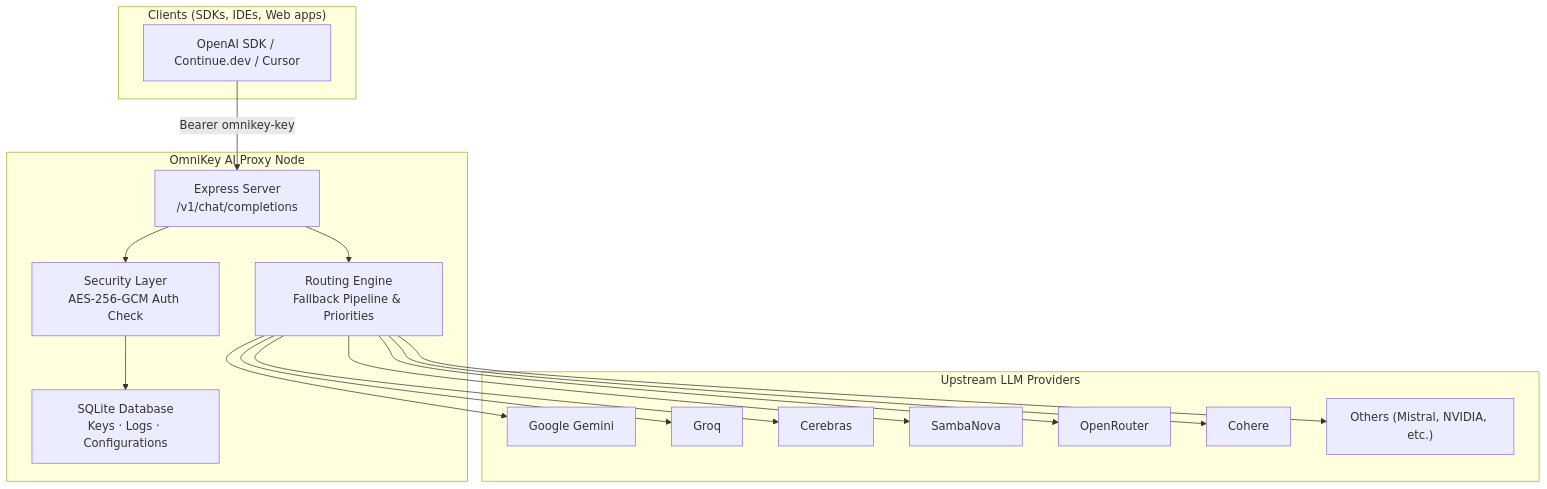
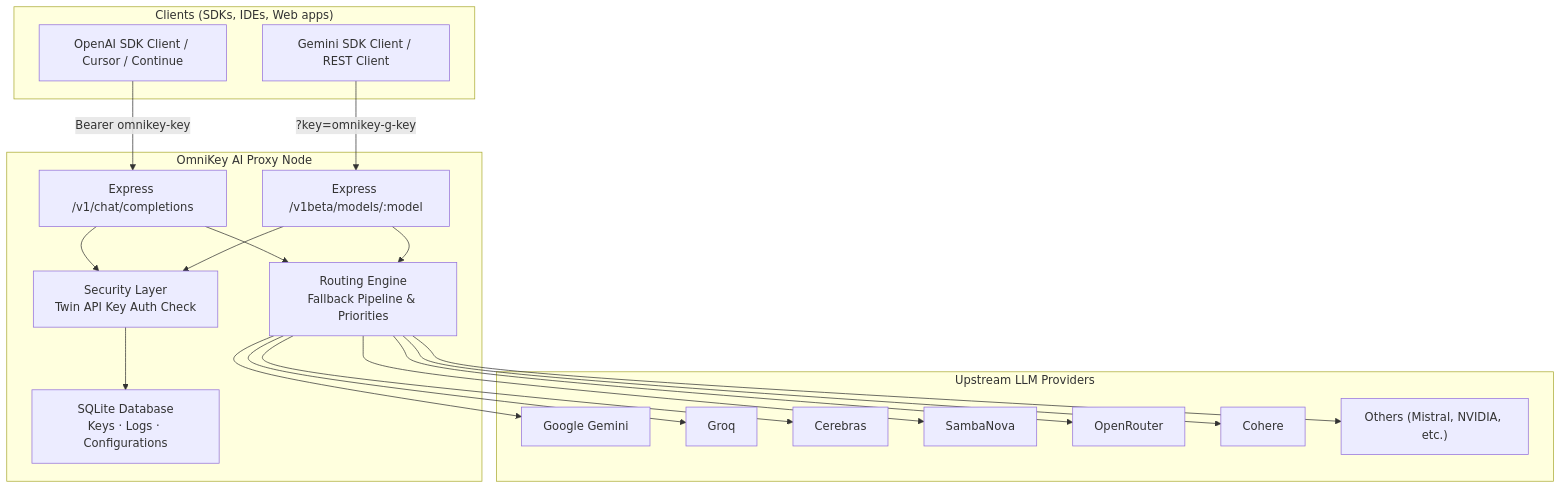
Before and after one commit to Felix-au/OmniKey-AI-Unified-Key-Manager: the first of 2 diagrams in README.md, drawn with Mermaid. The commit also changed other lines of this file and 3 other files, not shown here.

Commit message:
docs: sync guide, readme, omnikey, and apidoc with recent Gemini compatible proxy and dashboard updates

````diff
--- a/README.md
+++ b/README.md
@@ -95,35 +98,40 @@
 ```mermaid
 graph TD
     subgraph ClientApp["Clients (SDKs, IDEs, Web apps)"]
-        CL["OpenAI SDK / Continue.dev / Cursor"]
+        CL_OA["OpenAI SDK Client / Cursor / Continue"]
+        CL_G["Gemini SDK Client / REST Client"]
     end
 
     subgraph Proxy["OmniKey AI Proxy Node"]
-        API["Express Server\n/v1/chat/completions"]
-        SEC["Security Layer\nAES-256-GCM Auth Check"]
+        API_OA["Express /v1/chat/completions"]
+        API_G["Express /v1beta/models/:model"]
+        SEC["Security Layer\nTwin API Key Auth Check"]
         DB["SQLite Database\nKeys · Logs · Configurations"]
         ROUT["Routing Engine\nFallback Pipeline & Priorities"]
     end
 
     subgraph Providers["Upstream LLM Providers"]
         GEM["Google Gemini"]
         GROQ["Groq"]
         CERE["Cerebras"]
         SAMB["SambaNova"]
         OPEN["OpenRouter"]
         COH["Cohere"]
         OTH["Others (Mistral, NVIDIA, etc.)"]
     end
 
-    CL -->|Bearer omnikey-key| API
-    API --> SEC
+    CL_OA -->|Bearer omnikey-key| API_OA
+    CL_G -->|?key=omnikey-g-key| API_G
+    API_OA --> SEC
+    API_G --> SEC
     SEC --> DB
-    API --> ROUT
+    API_OA --> ROUT
+    API_G --> ROUT
     ROUT --> GEM
     ROUT --> GROQ
     ROUT --> CERE
     ROUT --> SAMB
     ROUT --> OPEN
     ROUT --> COH
     ROUT --> OTH
 ```
````
